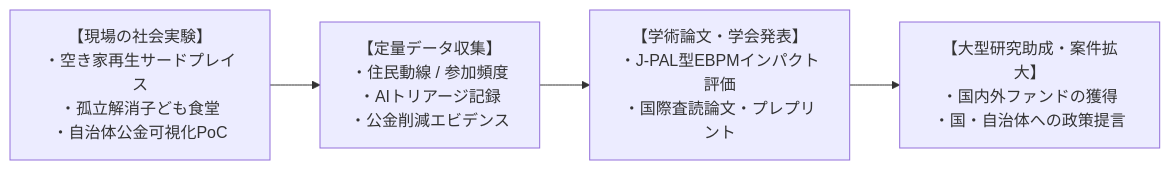
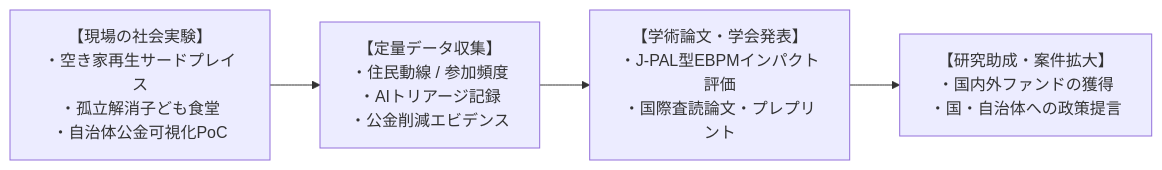
One commit to t012093/open-coral-handbook changed the second of 3 diagrams in ecosystem-jobs/economic-cycle.mdx. Above: the diagram before and after it, drawn with Mermaid. The commit also changed other lines of this file and 1 other file, not shown here.

Commit message:
docs: enhance events, marketing matrix, and points roadmap based on review

````diff
--- a/ecosystem-jobs/economic-cycle.mdx
+++ b/ecosystem-jobs/economic-cycle.mdx
@@ -61,7 +61,7 @@
 ```mermaid
 flowchart LR
     Field["【現場の社会実験】<br/>・空き家再生サードプレイス<br/>・孤立解消子ども食堂<br/>・自治体公金可視化PoC"]
     --> Data["【定量データ収集】<br/>・住民動線 / 参加頻度<br/>・AIトリアージ記録<br/>・公金削減エビデンス"]
     --> Paper["【学術論文・学会発表】<br/>・J-PAL型EBPMインパクト評価<br/>・国際査読論文・プレプリント"]
-    --> Grant["【大型研究助成・案件拡大】<br/>・国内外ファンドの獲得<br/>・国・自治体への政策提言"]
+    --> Grant["【研究助成・案件拡大】<br/>・国内外ファンドの獲得<br/>・国・自治体への政策提言"]
 ```
````
